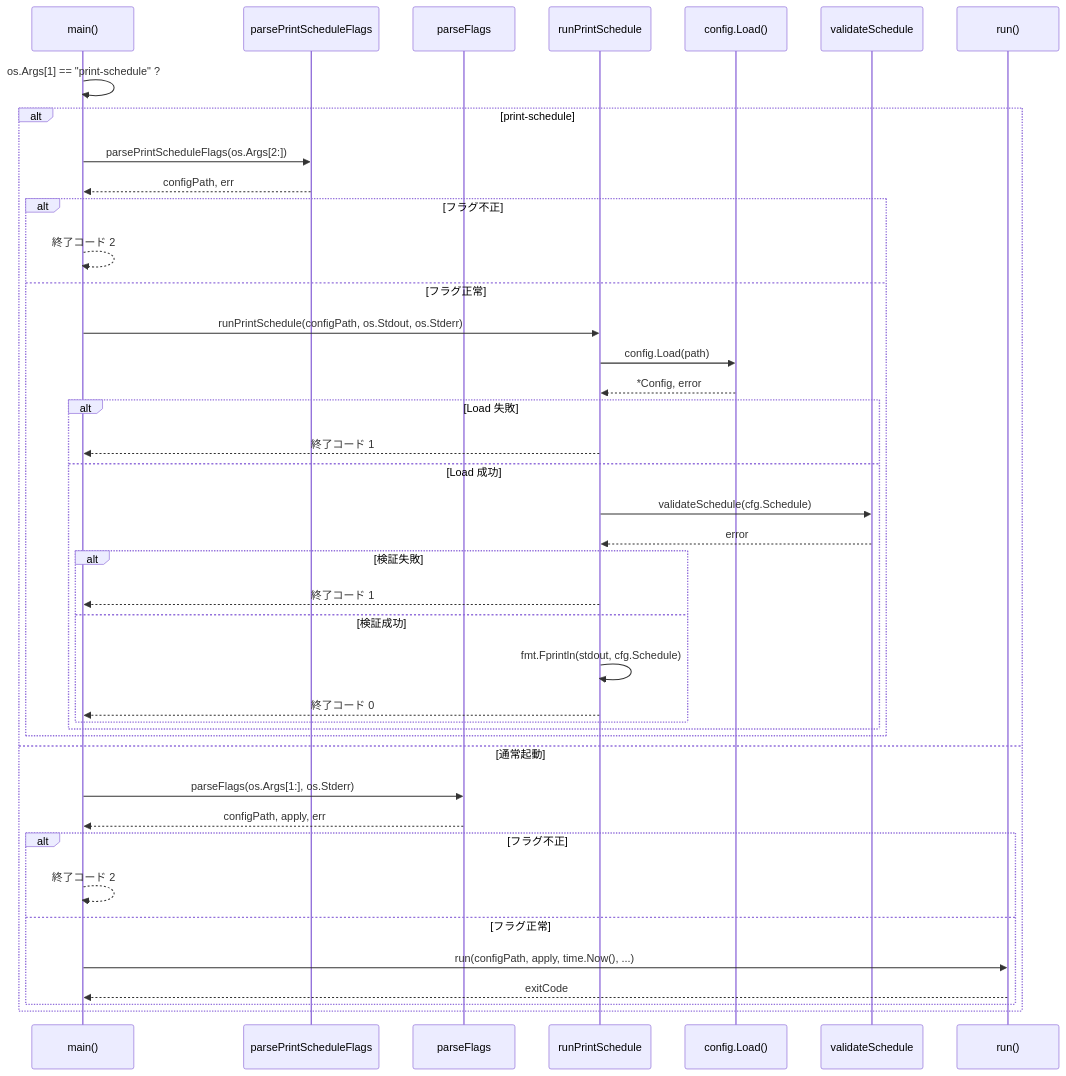
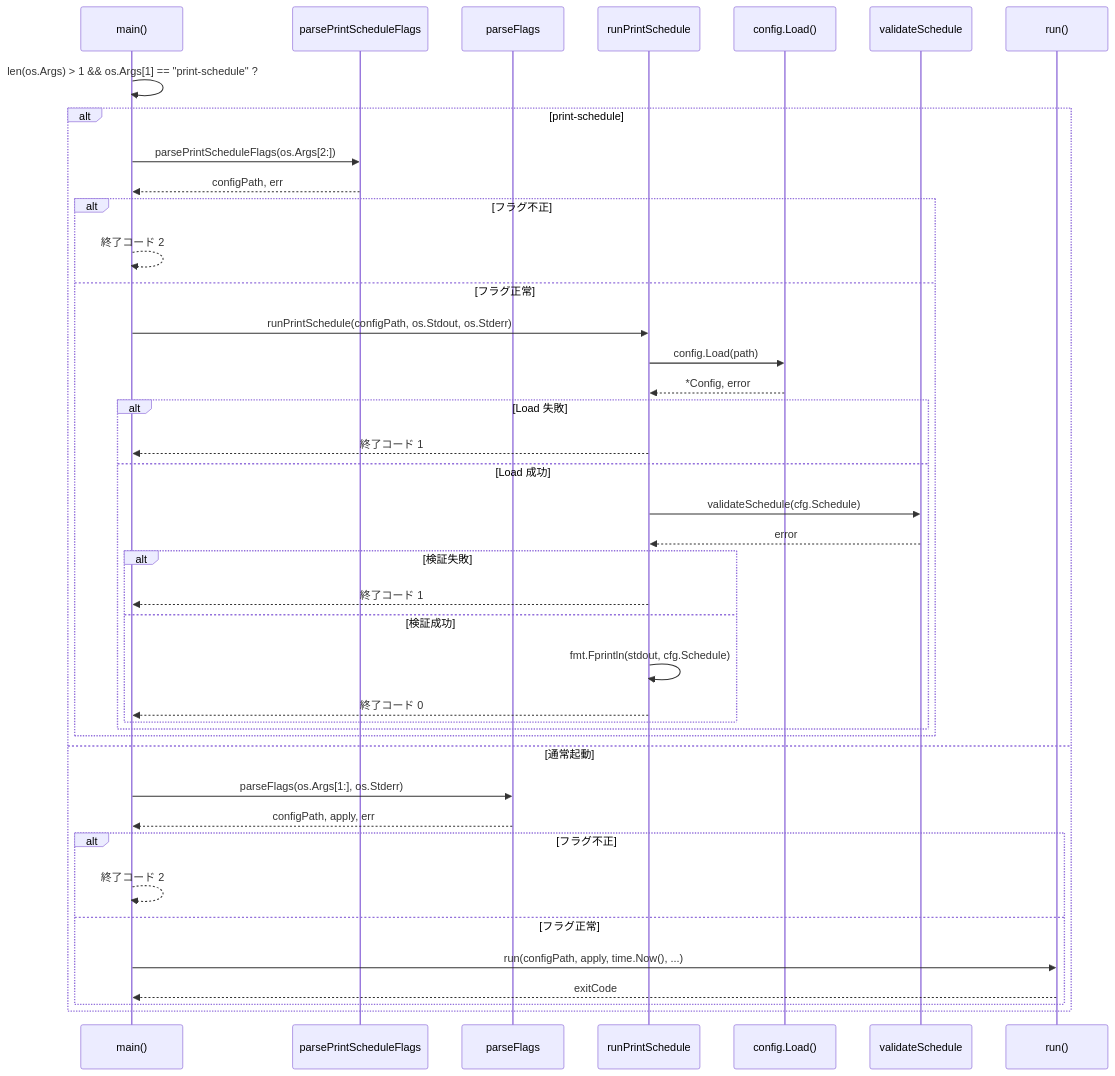
The fifth of 6 diagrams in docs/tasks/0007_docker_distribution/02_architecture.md (isseis/bsky-cleaner), drawn with Mermaid before and after one commit. The commit also changed other lines of this file and 2 other files, not shown here.

````diff
--- a/docs/tasks/0007_docker_distribution/02_architecture.md
+++ b/docs/tasks/0007_docker_distribution/02_architecture.md
@@ -366,44 +368,44 @@
 ```mermaid
 sequenceDiagram
     participant Main as main()
     participant PPF as parsePrintScheduleFlags
     participant PF as parseFlags
     participant RPS as runPrintSchedule
     participant CFG as config.Load()
     participant VAL as validateSchedule
     participant RUN as run()
 
-    Main->>Main: os.Args[1] == "print-schedule" ?
+    Main->>Main: len(os.Args) > 1 && os.Args[1] == "print-schedule" ?
     alt print-schedule
         Main->>PPF: parsePrintScheduleFlags(os.Args[2:])
         PPF-->>Main: configPath, err
         alt フラグ不正
             Main-->>Main: 終了コード 2
         else フラグ正常
             Main->>RPS: runPrintSchedule(configPath, os.Stdout, os.Stderr)
             RPS->>CFG: config.Load(path)
             CFG-->>RPS: *Config, error
             alt Load 失敗
                 RPS-->>Main: 終了コード 1
             else Load 成功
                 RPS->>VAL: validateSchedule(cfg.Schedule)
                 VAL-->>RPS: error
                 alt 検証失敗
                     RPS-->>Main: 終了コード 1
                 else 検証成功
                     RPS->>RPS: fmt.Fprintln(stdout, cfg.Schedule)
                     RPS-->>Main: 終了コード 0
                 end
             end
         end
     else 通常起動
         Main->>PF: parseFlags(os.Args[1:], os.Stderr)
         PF-->>Main: configPath, apply, err
         alt フラグ不正
             Main-->>Main: 終了コード 2
         else フラグ正常
             Main->>RUN: run(configPath, apply, time.Now(), ...)
             RUN-->>Main: exitCode
         end
     end
 ```
````
